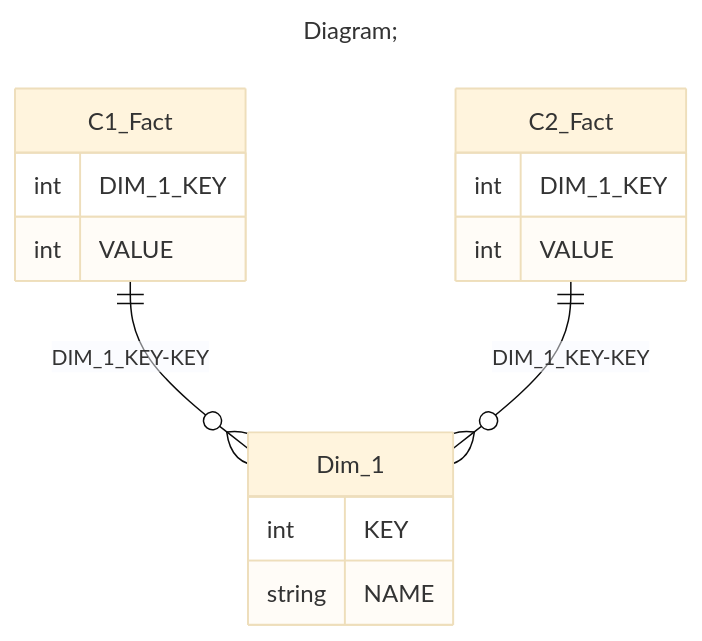
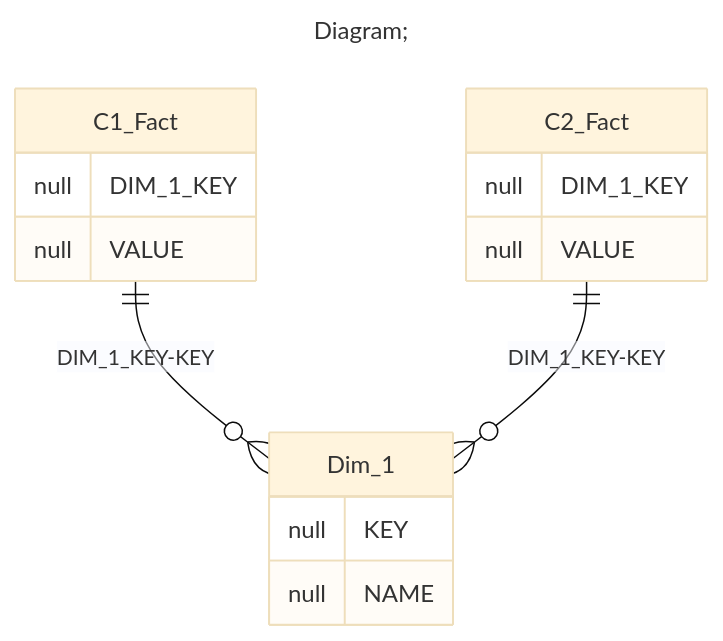
The fourth of 4 diagrams in demo/server/catalogs/min_VirtualCube_common_dimension/README.MD (xmla-services/workground), drawn with Mermaid (base theme) before and after one commit. The commit also changed other lines of this file and 39 other files, not shown here.

````diff
--- a/demo/server/catalogs/min_VirtualCube_common_dimension/README.MD
+++ b/demo/server/catalogs/min_VirtualCube_common_dimension/README.MD
@@ -128,21 +128,21 @@
 ```mermaid
 ---
 title: Diagram;
 ---
 erDiagram
 C1_Fact{
-int DIM_1_KEY
-int VALUE
+null DIM_1_KEY
+null VALUE
 }
 C2_Fact{
-int DIM_1_KEY
-int VALUE
+null DIM_1_KEY
+null VALUE
 }
 Dim_1{
-int KEY
-string NAME
+null KEY
+null NAME
 }
 
 "C1_Fact" ||--o{ "Dim_1" : "DIM_1_KEY-KEY"
 "C2_Fact" ||--o{ "Dim_1" : "DIM_1_KEY-KEY"
 ```
````
